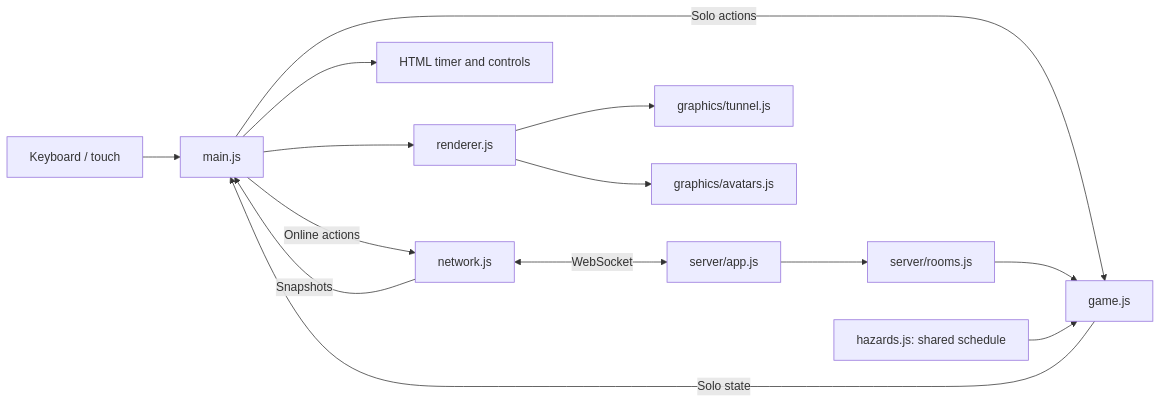
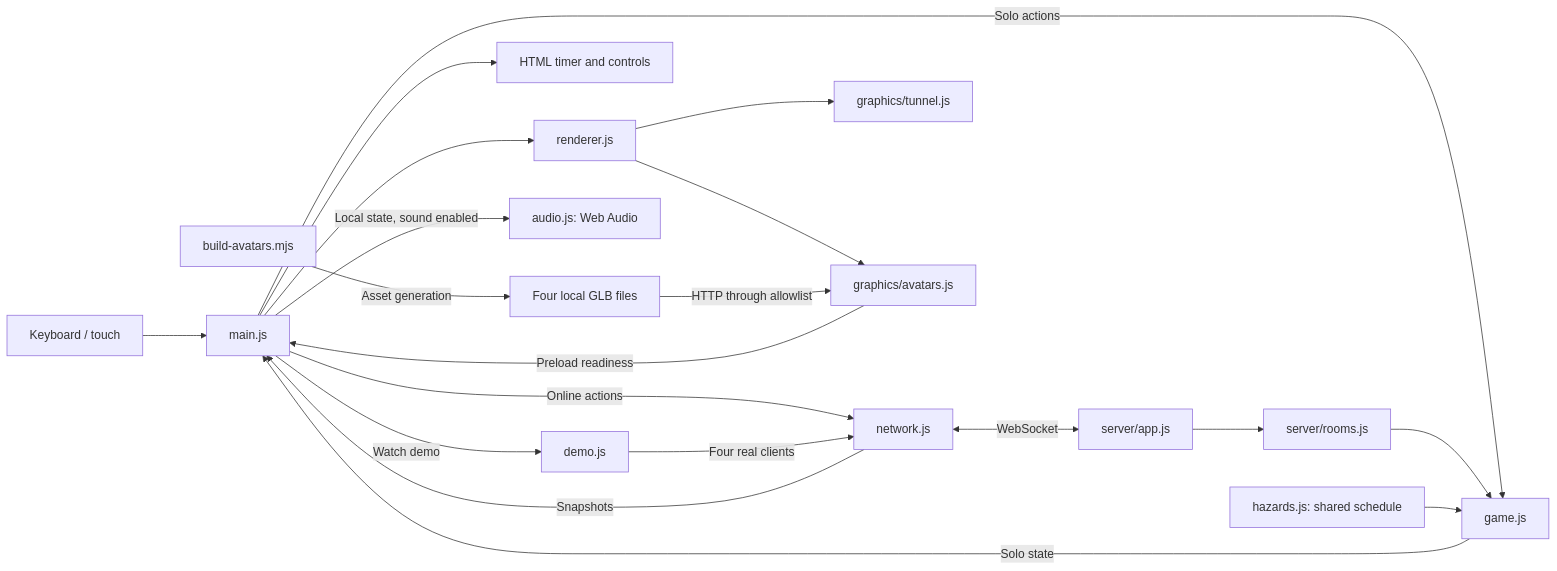
The diagram in docs/PROJECT_GUIDE.md (wadavis95-cloud/borrowed-time), drawn with Mermaid before and after one commit. The commit also changed other lines of this file and 43 other files, not shown here.

````diff
--- a/docs/PROJECT_GUIDE.md
+++ b/docs/PROJECT_GUIDE.md
@@ -64,16 +69,22 @@
 ```mermaid
 flowchart LR
   Controls[Keyboard / touch] --> Main[main.js]
   Main -->|Solo actions| Rules[game.js]
   Main -->|Online actions| Network[network.js]
+  Main -->|Watch demo| Demo[demo.js]
+  Demo -->|Four real clients| Network
   Network <-->|WebSocket| App[server/app.js]
   App --> Rooms[server/rooms.js]
   Rooms --> Rules
   Hazards[hazards.js: shared schedule] --> Rules
   Network -->|Snapshots| Main
   Rules -->|Solo state| Main
   Main --> HUD[HTML timer and controls]
   Main --> Renderer[renderer.js]
+  Main -->|Local state, sound enabled| Audio[audio.js: Web Audio]
   Renderer --> Tunnel[graphics/tunnel.js]
   Renderer --> Avatars[graphics/avatars.js]
+  Source[build-avatars.mjs] -->|Asset generation| GLB[Four local GLB files]
+  GLB -->|HTTP through allowlist| Avatars
+  Avatars -->|Preload readiness| Main
 ```
````
